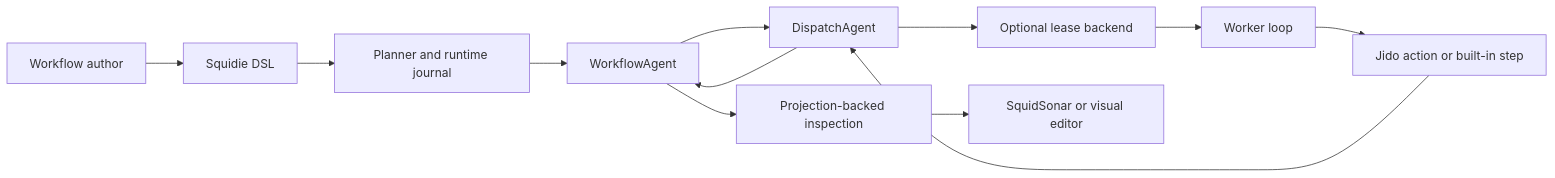
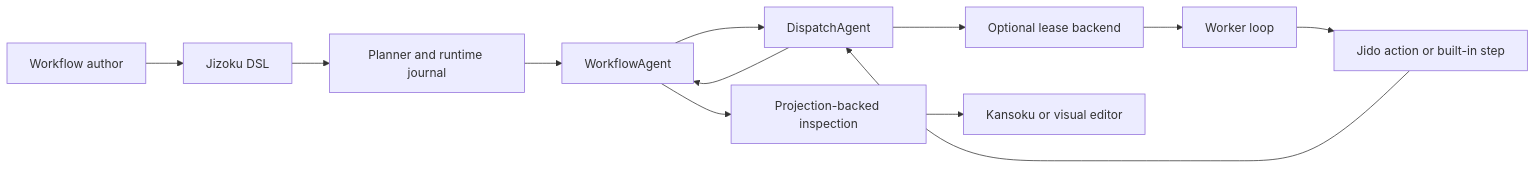
Before and after one commit to agentjido/jizoku: the second of 13 diagrams in docs/jido_runtime_architecture.md, drawn with Mermaid. The commit also changed other lines of this file and 45 other files, not shown here.

````diff
--- a/docs/jido_runtime_architecture.md
+++ b/docs/jido_runtime_architecture.md
@@ -93,14 +93,14 @@
 ```mermaid
 flowchart LR
-    Author[Workflow author] --> DSL[Squidie DSL]
+    Author[Workflow author] --> DSL[Jizoku DSL]
     DSL --> Plan[Planner and runtime journal]
     Plan --> RunAgent[WorkflowAgent]
     RunAgent --> DispatchAgent[DispatchAgent]
     DispatchAgent --> Backend[Optional lease backend]
     Backend --> Worker[Worker loop]
     Worker --> Action[Jido action or built-in step]
     Action --> DispatchAgent
     DispatchAgent --> RunAgent
     RunAgent --> Inspect[Projection-backed inspection]
-    Inspect --> Editor[SquidSonar or visual editor]
+    Inspect --> Editor[Kansoku or visual editor]
 ```
````
